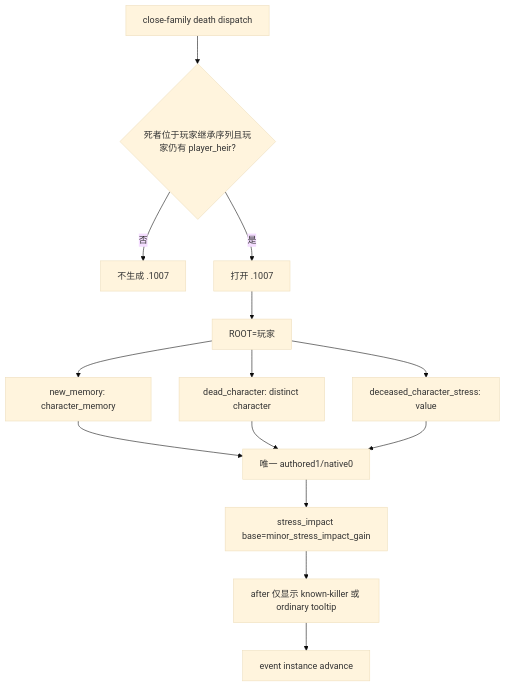
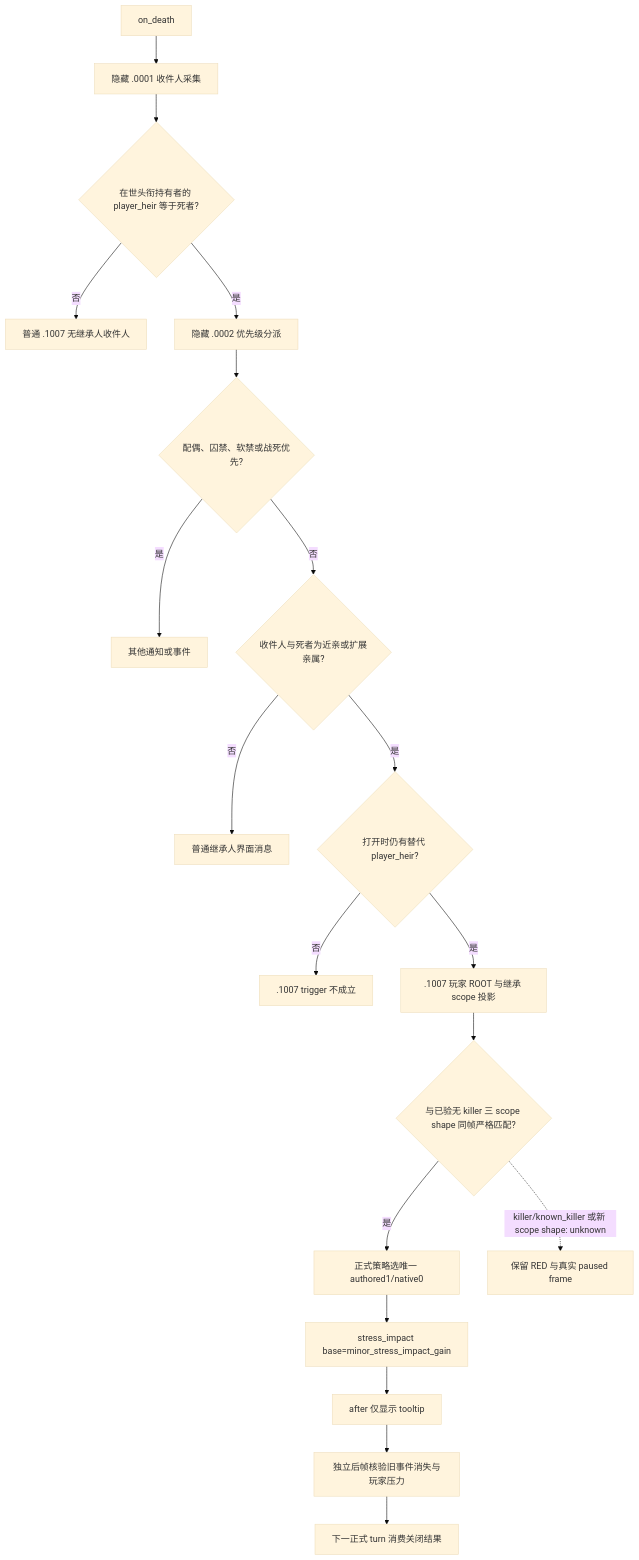
Before and after one commit to XenoAmess/ck3_eternal_recurrence: the diagram in docs/ck3-native-ai/heir-death-stress.md, drawn with Mermaid (base theme). The commit also changed other lines of this file, not shown here.

Commit message:
G2-M2-DEATH1007-NATURAL-CONTRACT clarify exact heir death gate

````diff
--- a/docs/ck3-native-ai/heir-death-stress.md
+++ b/docs/ck3-native-ai/heir-death-stress.md
@@ -20,16 +19,21 @@
 ```mermaid
 flowchart TD
-    A[close-family death dispatch] --> B{死者位于玩家继承序列且玩家仍有 player_heir?}
-    B -->|否| Z[不生成 .1007]
-    B -->|是| C[打开 .1007]
-    C --> D[ROOT=玩家]
-    D --> E[new_memory: character_memory]
-    D --> F[dead_character: distinct character]
-    D --> G[deceased_character_stress: value]
-    E --> H[唯一 authored1/native0]
-    F --> H
-    G --> H
-    H --> I[stress_impact base=minor_stress_impact_gain]
-    I --> J[after 仅显示 known-killer 或 ordinary tooltip]
-    J --> K[event instance advance]
+    A[on_death] --> B[隐藏 .0001 收件人采集]
+    B --> C{在世头衔持有者的 player_heir 等于死者?}
+    C -->|否| Z[普通 .1007 无继承人收件人]
+    C -->|是| D[隐藏 .0002 优先级分派]
+    D --> E{配偶、囚禁、软禁或战死优先?}
+    E -->|是| V[其他通知或事件]
+    E -->|否| F{收件人与死者为近亲或扩展亲属?}
+    F -->|否| N[普通继承人界面消息]
+    F -->|是| G{打开时仍有替代 player_heir?}
+    G -->|否| X[.1007 trigger 不成立]
+    G -->|是| H[.1007 玩家 ROOT 与继承 scope 投影]
+    H --> I{与已验无 killer 三 scope shape 同帧严格匹配?}
+    I -->|是| J[正式策略选唯一 authored1/native0]
+    I -.->|killer/known_killer 或新 scope shape: unknown| R[保留 RED 与真实 paused frame]
+    J --> K[stress_impact base=minor_stress_impact_gain]
+    K --> L[after 仅显示 tooltip]
+    L --> M[独立后帧核验旧事件消失与玩家压力]
+    M --> O[下一正式 turn 消费关闭结果]
 ```
````
